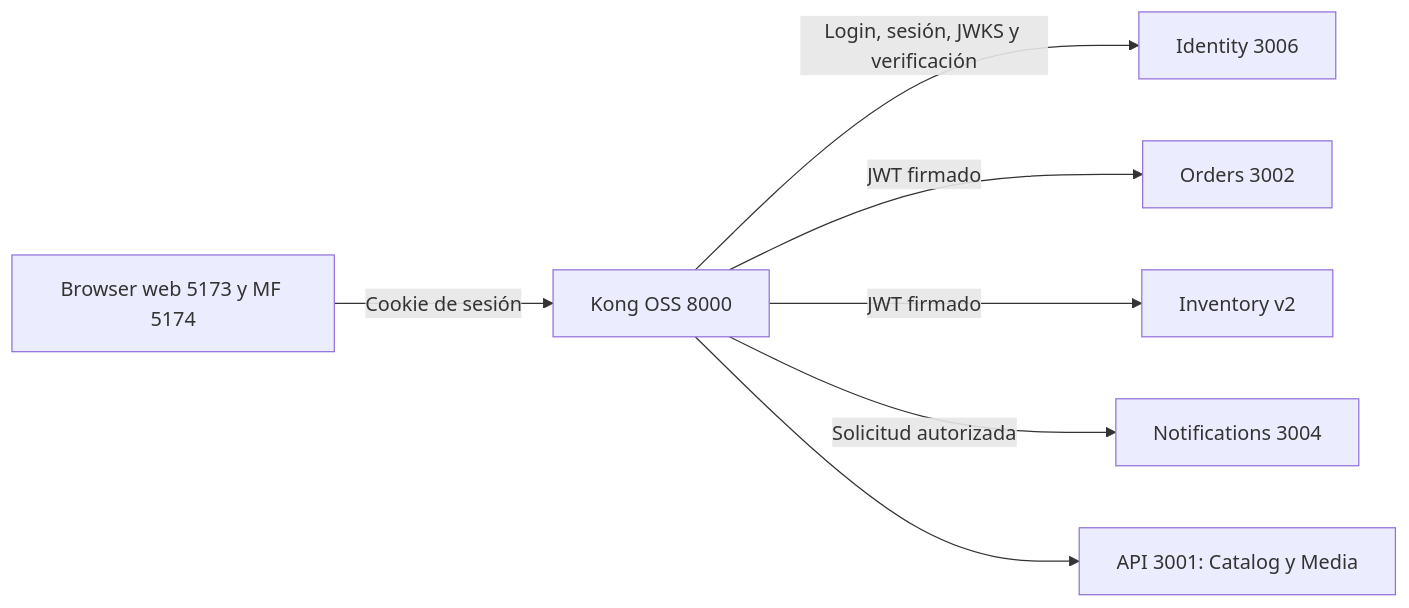
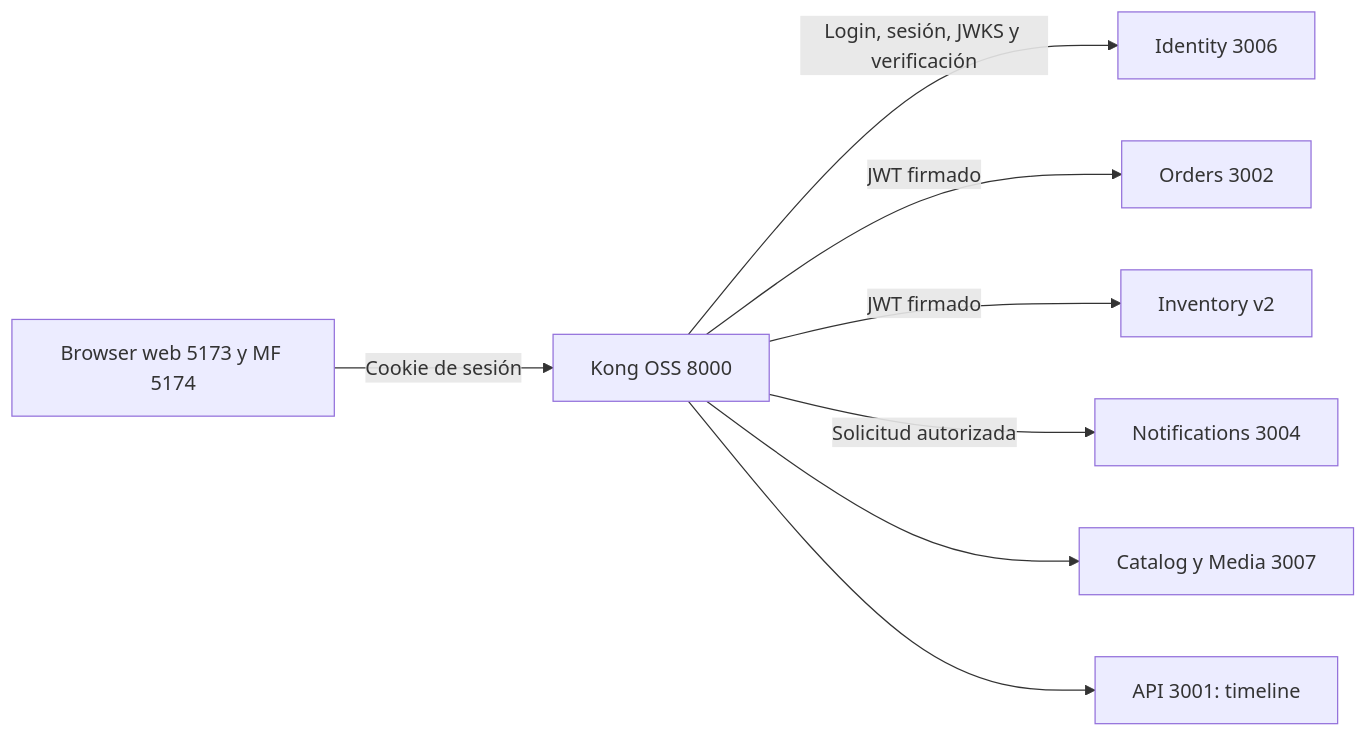
The diagram in README.md (rodrigop23/mercadoya-curso-asd), drawn with Mermaid before and after one commit. The commit also changed other lines of this file and 62 other files, not shown here.

First line of the commit message:
feat(catalog): extrae Catalog y Media detrás de Kong

````diff
--- a/README.md
+++ b/README.md
@@ -98,9 +100,10 @@
 ```mermaid
 flowchart LR
   Browser[Browser web 5173 y MF 5174] -->|Cookie de sesión| Kong[Kong OSS 8000]
   Kong -->|Login, sesión, JWKS y verificación| Identity[Identity 3006]
   Kong -->|JWT firmado| Orders[Orders 3002]
   Kong -->|JWT firmado| Inventory[Inventory v2]
   Kong -->|Solicitud autorizada| Notifications[Notifications 3004]
-  Kong --> API[API 3001: Catalog y Media]
+  Kong --> Catalog[Catalog y Media 3007]
+  Kong --> API[API 3001: timeline]
 ```
````
